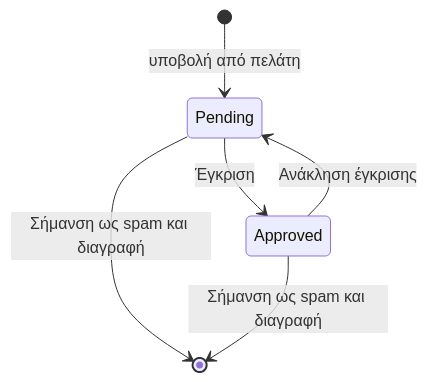
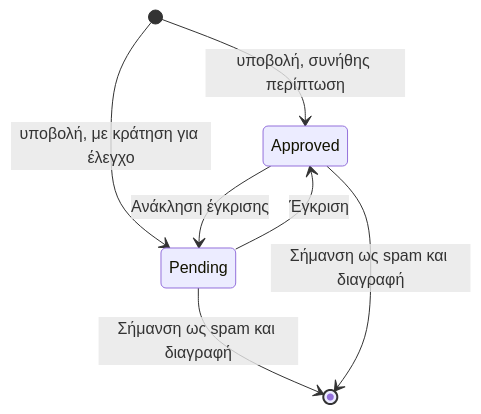
Before and after one commit to vasilistotskas/grooveshop-docs: the diagram in src/el/admin/blog/comments.md, drawn with Mermaid. The commit also changed other lines of this file and 14 other files, not shown here.

````diff
--- a/src/el/admin/blog/comments.md
+++ b/src/el/admin/blog/comments.md
@@ -39,8 +43,9 @@
 ```mermaid
 stateDiagram-v2
-  [*] --> Pending: υποβολή από πελάτη
+  [*] --> Approved: υποβολή, συνήθης περίπτωση
+  [*] --> Pending: υποβολή, με κράτηση για έλεγχο
   Pending --> Approved: Έγκριση
   Approved --> Pending: Ανάκληση έγκρισης
   Pending --> [*]: Σήμανση ως spam και διαγραφή
   Approved --> [*]: Σήμανση ως spam και διαγραφή
 ```
````
